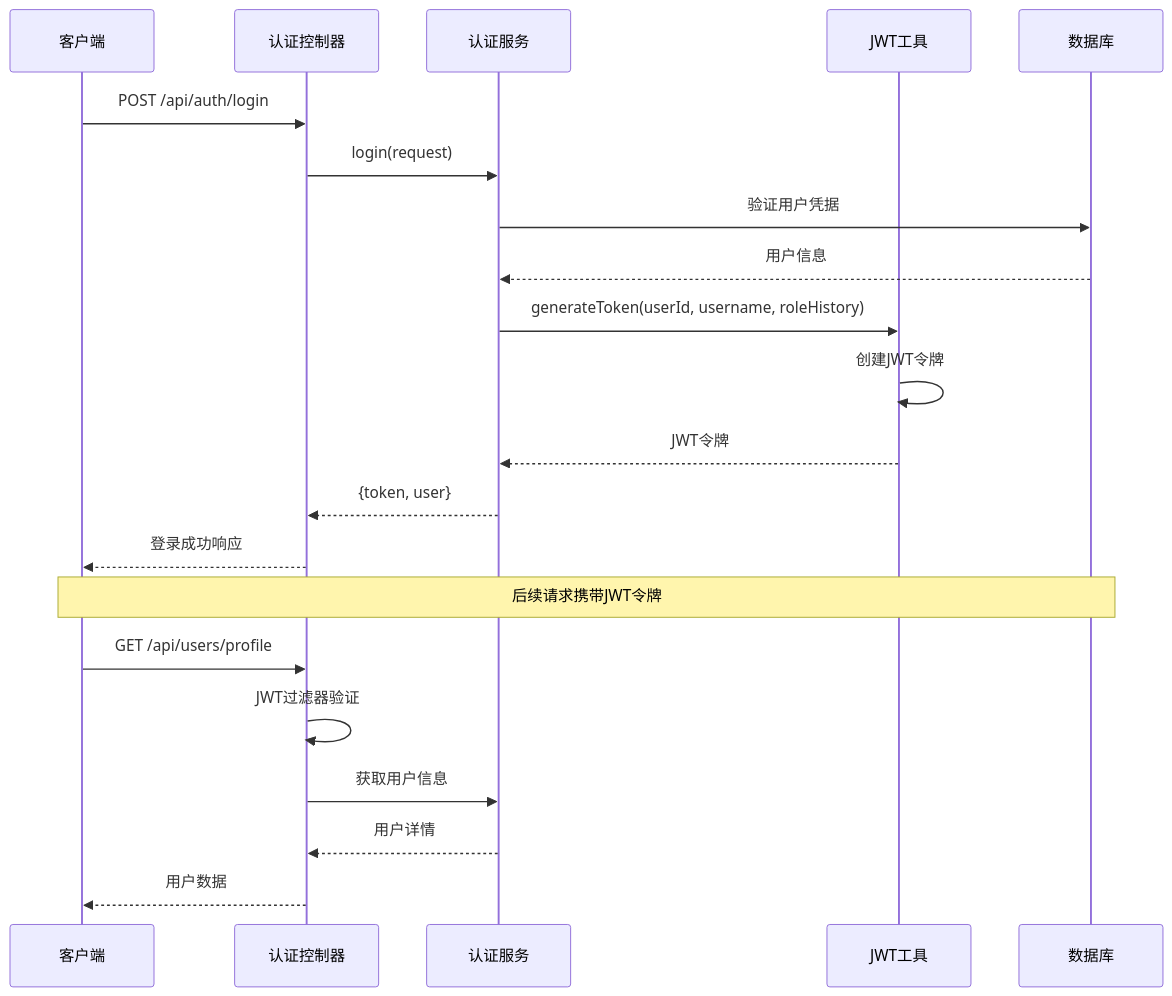
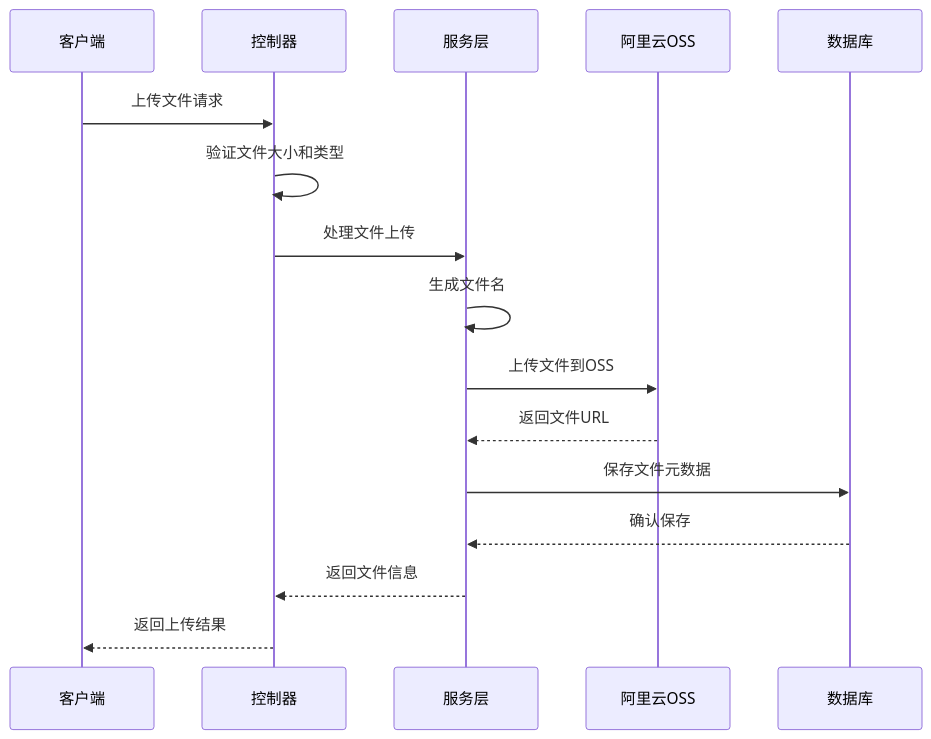
Before and after one commit to Redmoon-2333/HumanResourceOfficial: the seventh of 7 diagrams in .qoder/repowiki/zh/content/技术栈与依赖.md, drawn with Mermaid. The commit also changed other lines of this file and 60 other files, not shown here.

````diff
--- a/.qoder/repowiki/zh/content/技术栈与依赖.md
+++ b/.qoder/repowiki/zh/content/技术栈与依赖.md
@@ -297,23 +562,18 @@
 ```mermaid
 sequenceDiagram
 participant Client as 客户端
-participant Controller as 认证控制器
-participant AuthService as 认证服务
-participant JwtUtil as JWT工具
-participant Database as 数据库
-Client->>Controller : POST /api/auth/login
-Controller->>AuthService : login(request)
-AuthService->>Database : 验证用户凭据
-Database-->>AuthService : 用户信息
-AuthService->>JwtUtil : generateToken(userId, username, roleHistory)
-JwtUtil->>JwtUtil : 创建JWT令牌
-JwtUtil-->>AuthService : JWT令牌
-AuthService-->>Controller : {token, user}
-Controller-->>Client : 登录成功响应
-Note over Client,Database : 后续请求携带JWT令牌
-Client->>Controller : GET /api/users/profile
-Controller->>Controller : JWT过滤器验证
-Controller->>AuthService : 获取用户信息
-AuthService-->>Controller : 用户详情
-Controller-->>Client : 用户数据
+participant Controller as 控制器
+participant Service as 服务层
+participant OSS as 阿里云OSS
+participant DB as 数据库
+Client->>Controller : 上传文件请求
+Controller->>Controller : 验证文件大小和类型
+Controller->>Service : 处理文件上传
+Service->>Service : 生成文件名
+Service->>OSS : 上传文件到OSS
+OSS-->>Service : 返回文件URL
+Service->>DB : 保存文件元数据
+DB-->>Service : 确认保存
+Service-->>Controller : 返回文件信息
+Controller-->>Client : 返回上传结果
 ```
````
